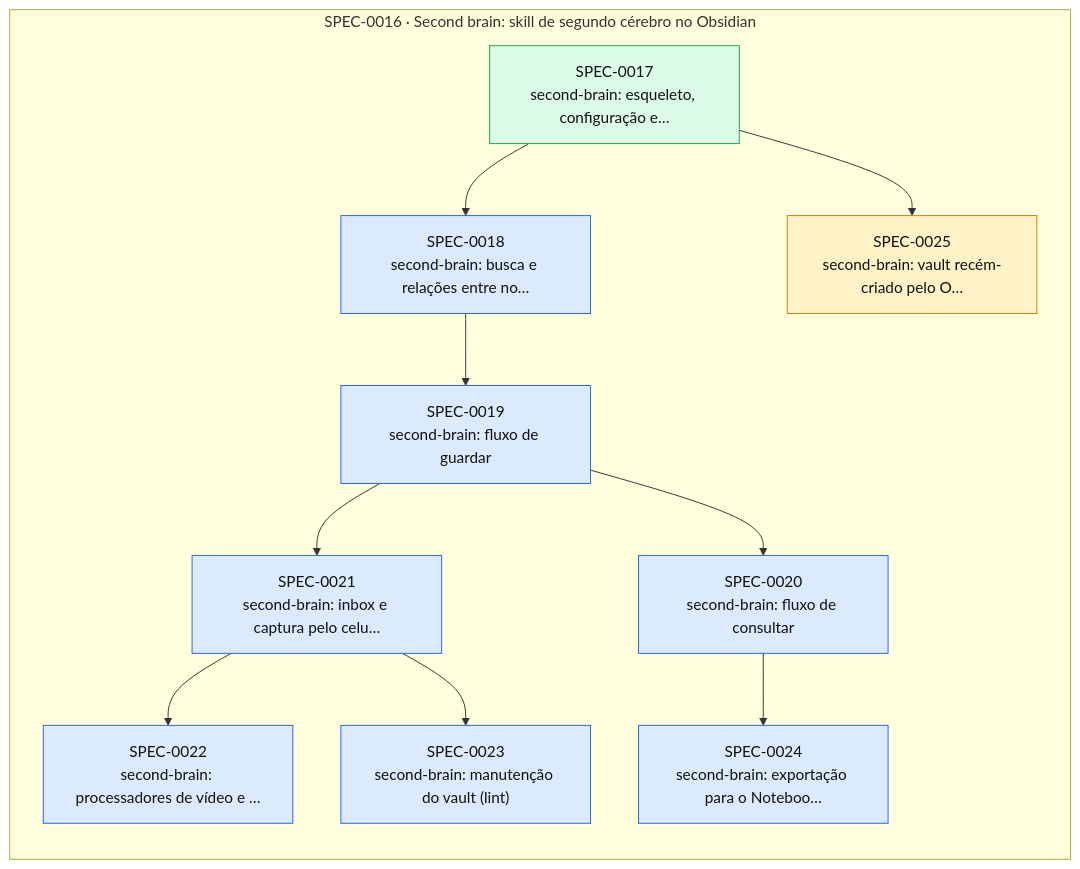
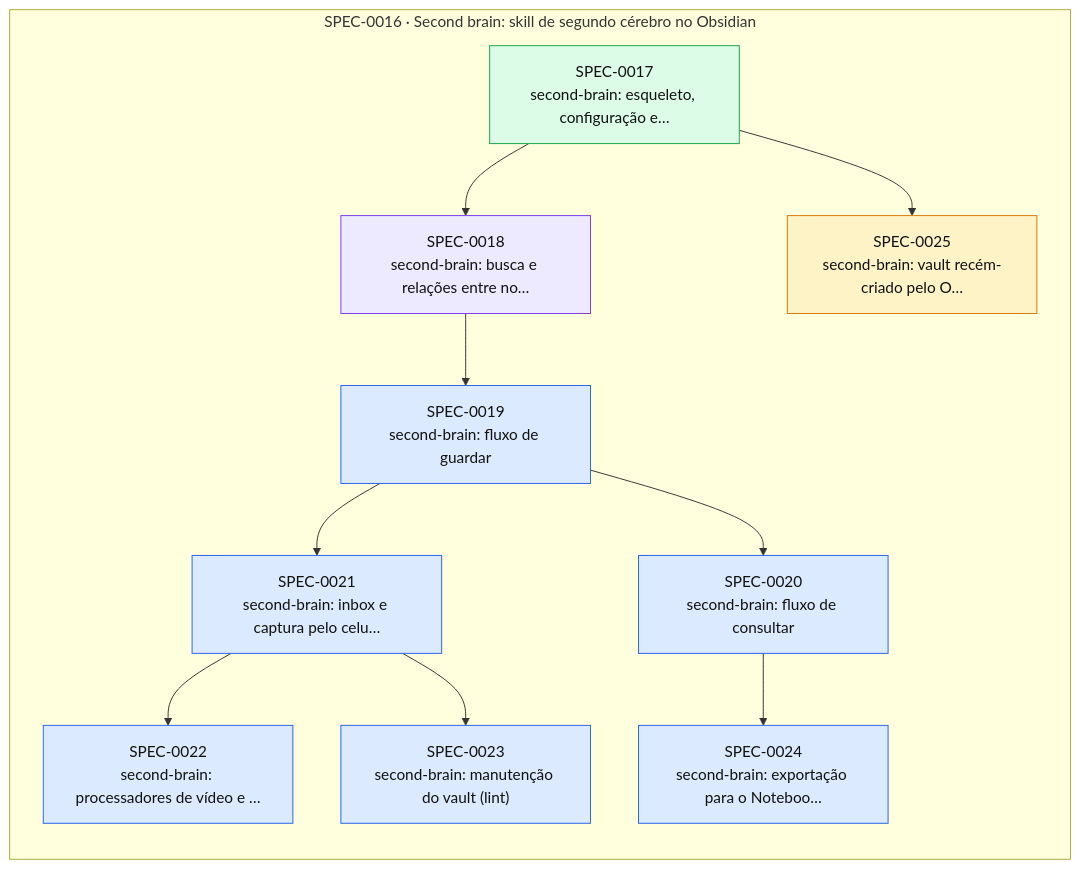
One commit to thomasravache/ai-dev-brain changed the diagram in docs/specs/INDEX.md. Above: the diagram before and after it, drawn with Mermaid. The commit also changed other lines of this file and 1 other file, not shown here.

First line of the commit message:
docs(specs): SPEC-0018 em execução

````diff
--- a/docs/specs/INDEX.md
+++ b/docs/specs/INDEX.md
@@ -52,27 +52,27 @@
 ```mermaid
 flowchart LR
   subgraph E0016["SPEC-0016 · Second brain: skill de segundo cérebro no Obsidian"]
     S0017["SPEC-0017<br/>second-brain: esqueleto, configuração e…"]:::implemented
-    S0018["SPEC-0018<br/>second-brain: busca e relações entre no…"]:::approved
+    S0018["SPEC-0018<br/>second-brain: busca e relações entre no…"]:::inprogress
     S0019["SPEC-0019<br/>second-brain: fluxo de guardar"]:::approved
     S0020["SPEC-0020<br/>second-brain: fluxo de consultar"]:::approved
     S0021["SPEC-0021<br/>second-brain: inbox e captura pelo celu…"]:::approved
     S0022["SPEC-0022<br/>second-brain: processadores de vídeo e …"]:::approved
     S0023["SPEC-0023<br/>second-brain: manutenção do vault (lint)"]:::approved
     S0024["SPEC-0024<br/>second-brain: exportação para o Noteboo…"]:::approved
     S0025["SPEC-0025<br/>second-brain: vault recém-criado pelo O…"]:::proposed
   end
   S0017 --> S0018
   S0018 --> S0019
   S0019 --> S0020
   S0019 --> S0021
   S0021 --> S0022
   S0021 --> S0023
   S0020 --> S0024
   S0017 --> S0025
   classDef proposed fill:#fef3c7,stroke:#d97706,color:#111
   classDef approved fill:#dbeafe,stroke:#2563eb,color:#111
   classDef inprogress fill:#ede9fe,stroke:#7c3aed,color:#111
   classDef implemented fill:#dcfce7,stroke:#16a34a,color:#111
   classDef deprecated fill:#f3f4f6,stroke:#9ca3af,color:#6b7280
 ```
````
